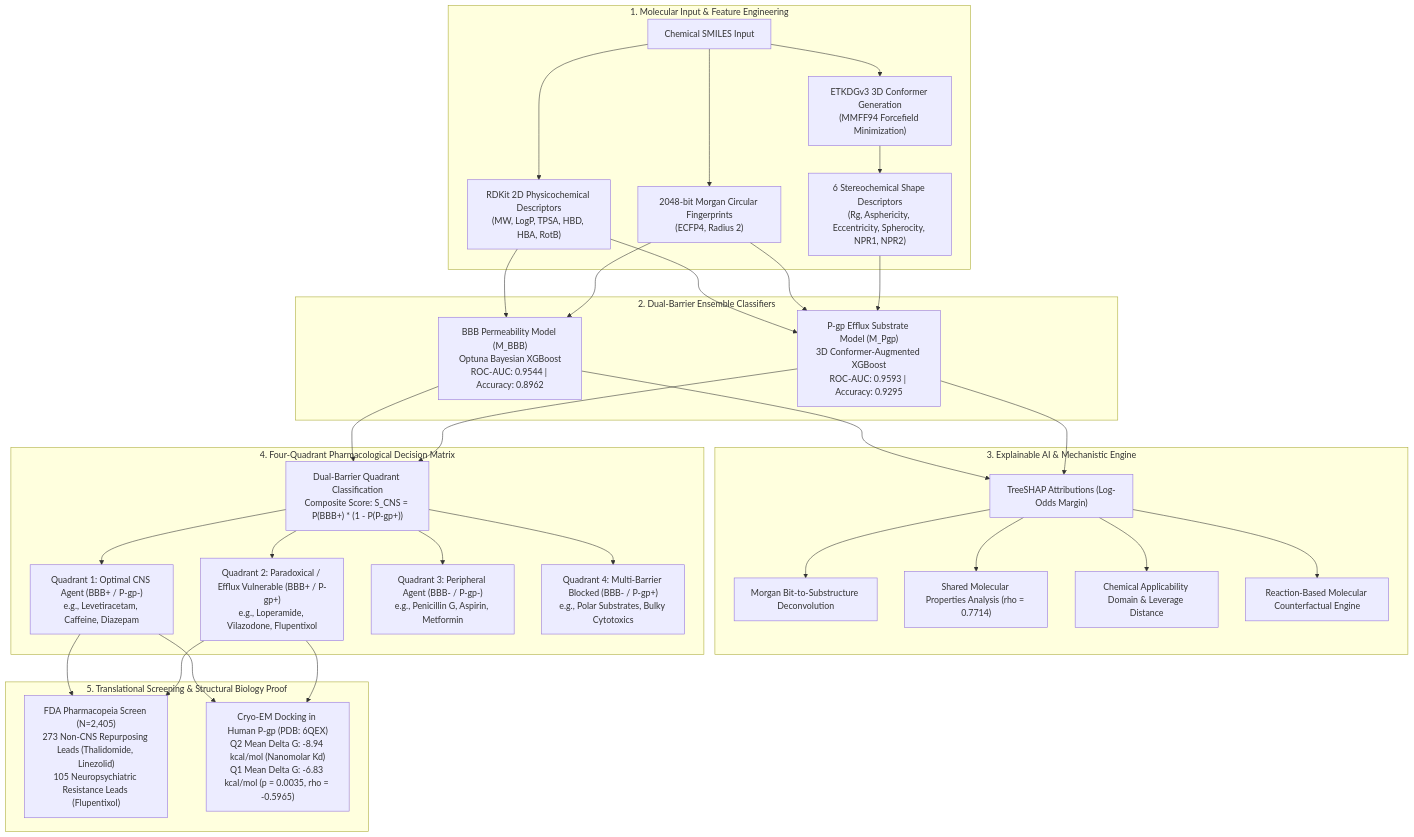
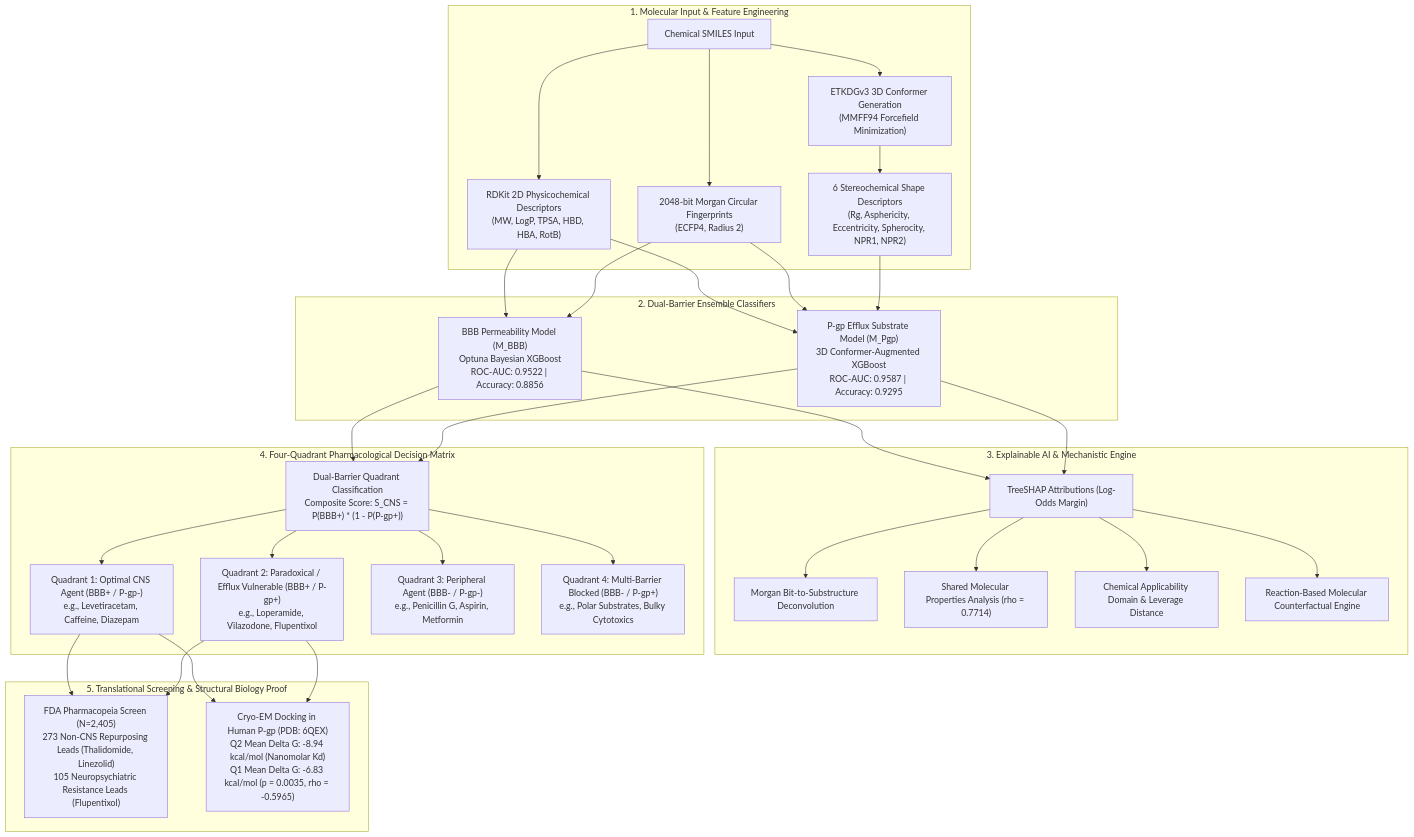
Before and after one commit to duvvasaivivek/BioInformatics-Research-Project: the second of 2 diagrams in README.md, drawn with Mermaid. The commit also changed other lines of this file and 37 other files, not shown here.

````diff
--- a/README.md
+++ b/README.md
@@ -69,35 +69,35 @@
 ```mermaid
 flowchart TD
     subgraph S1["1. Molecular Input & Feature Engineering"]
         A["Chemical SMILES Input"] --> B1["RDKit 2D Physicochemical Descriptors<br/>(MW, LogP, TPSA, HBD, HBA, RotB)"]
         A --> B2["2048-bit Morgan Circular Fingerprints<br/>(ECFP4, Radius 2)"]
         A --> B3["ETKDGv3 3D Conformer Generation<br/>(MMFF94 Forcefield Minimization)"]
         B3 --> B4["6 Stereochemical Shape Descriptors<br/>(Rg, Asphericity, Eccentricity, Spherocity, NPR1, NPR2)"]
     end
 
     subgraph S2["2. Dual-Barrier Ensemble Classifiers"]
-        B1 & B2 --> C1["BBB Permeability Model (M_BBB)<br/>Optuna Bayesian XGBoost<br/>ROC-AUC: 0.9544 | Accuracy: 0.8962"]
-        B1 & B2 & B4 --> C2["P-gp Efflux Substrate Model (M_Pgp)<br/>3D Conformer-Augmented XGBoost<br/>ROC-AUC: 0.9593 | Accuracy: 0.9295"]
+        B1 & B2 --> C1["BBB Permeability Model (M_BBB)<br/>Optuna Bayesian XGBoost<br/>ROC-AUC: 0.9522 | Accuracy: 0.8856"]
+        B1 & B2 & B4 --> C2["P-gp Efflux Substrate Model (M_Pgp)<br/>3D Conformer-Augmented XGBoost<br/>ROC-AUC: 0.9587 | Accuracy: 0.9295"]
     end
 
     subgraph S3["3. Explainable AI & Mechanistic Engine"]
         C1 & C2 --> D1["TreeSHAP Attributions (Log-Odds Margin)"]
         D1 --> D2["Morgan Bit-to-Substructure Deconvolution"]
         D1 --> D3["Shared Molecular Properties Analysis (rho = 0.7714)"]
         D1 --> D4["Chemical Applicability Domain & Leverage Distance"]
         D1 --> D5["Reaction-Based Molecular Counterfactual Engine"]
     end
 
     subgraph S4["4. Four-Quadrant Pharmacological Decision Matrix"]
         C1 & C2 --> E["Dual-Barrier Quadrant Classification<br/>Composite Score: S_CNS = P(BBB+) * (1 - P(P-gp+))"]
         E --> Q1["Quadrant 1: Optimal CNS Agent (BBB+ / P-gp-)<br/>e.g., Levetiracetam, Caffeine, Diazepam"]
         E --> Q2["Quadrant 2: Paradoxical / Efflux Vulnerable (BBB+ / P-gp+)<br/>e.g., Loperamide, Vilazodone, Flupentixol"]
         E --> Q3["Quadrant 3: Peripheral Agent (BBB- / P-gp-)<br/>e.g., Penicillin G, Aspirin, Metformin"]
         E --> Q4["Quadrant 4: Multi-Barrier Blocked (BBB- / P-gp+)<br/>e.g., Polar Substrates, Bulky Cytotoxics"]
     end
 
     subgraph S5["5. Translational Screening & Structural Biology Proof"]
         Q1 & Q2 --> F1["FDA Pharmacopeia Screen (N=2,405)<br/>273 Non-CNS Repurposing Leads (Thalidomide, Linezolid)<br/>105 Neuropsychiatric Resistance Leads (Flupentixol)"]
         Q1 & Q2 --> F2["Cryo-EM Docking in Human P-gp (PDB: 6QEX)<br/>Q2 Mean Delta G: -8.94 kcal/mol (Nanomolar Kd)<br/>Q1 Mean Delta G: -6.83 kcal/mol (p = 0.0035, rho = -0.5965)"]
     end
 ```
````
